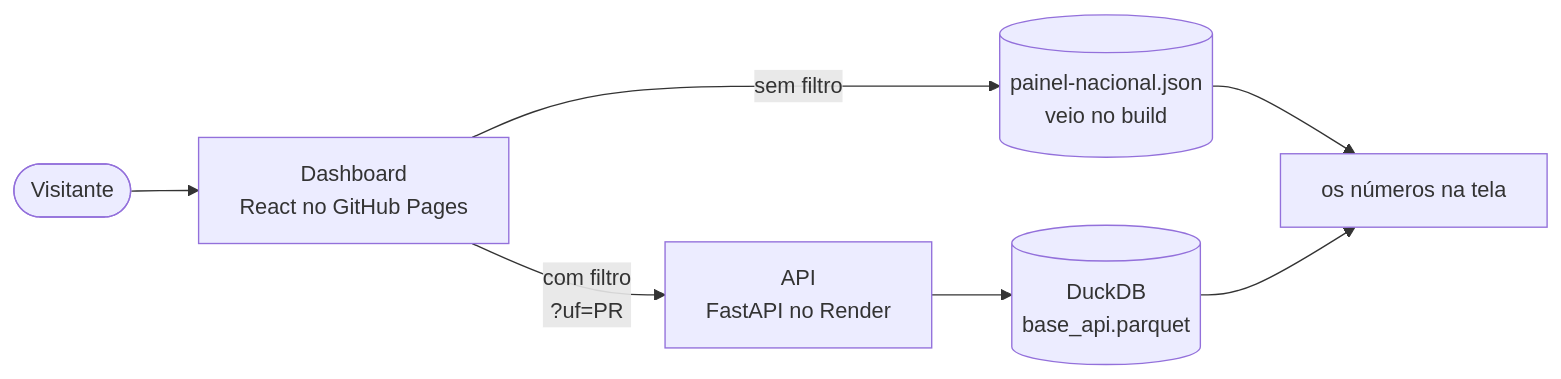
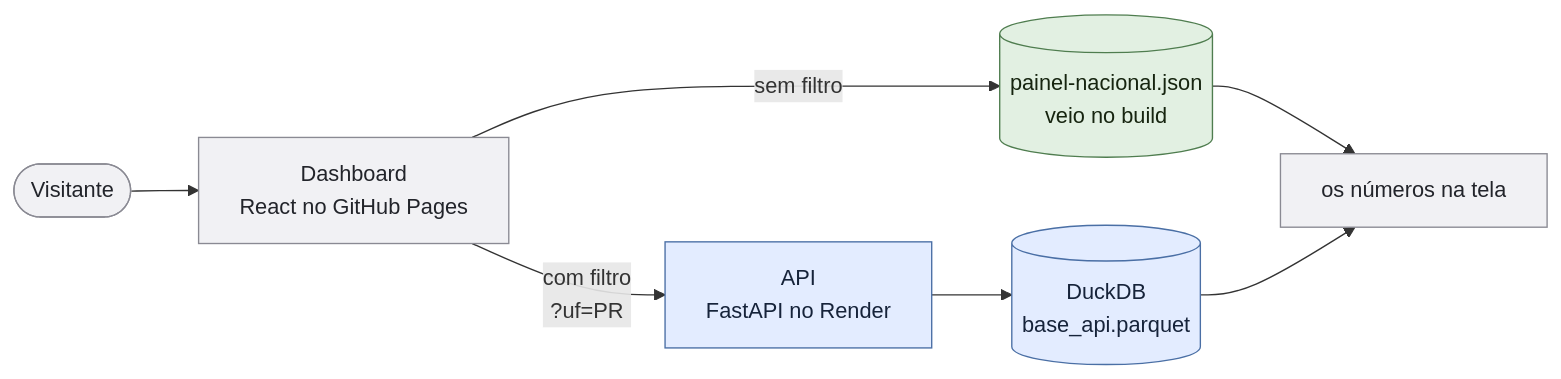
The second of 2 diagrams in docs/arquitetura.md (christiano-gonara/cnpj-alimentacao), drawn with Mermaid before and after one commit. The commit also changed other lines of this file, not shown here.

Commit message:
docs: cores nos dois diagramas da arquitetura
Cada cor diz uma coisa só: azul para o que vem da Receita, cinza para o
script, verde para o arquivo gerado. No segundo, verde é o caminho sem
API e azul o que passa pela API.

Todo classDef define fill e color juntos: o GitHub troca de tema conforme
o sistema, e fill sem color fica ilegível no escuro.

````diff
--- a/docs/arquitetura.md
+++ b/docs/arquitetura.md
@@ -41,9 +48,16 @@
 ```mermaid
 flowchart LR
     V([Visitante]) --> W["Dashboard<br/>React no GitHub Pages"]
     W -- "sem filtro" --> J[("painel-nacional.json<br/>veio no build")]
     W -- "com filtro<br/>?uf=PR" --> A["API<br/>FastAPI no Render"]
     A --> D[("DuckDB<br/>base_api.parquet")]
     J --> T["os números na tela"]
     D --> T
+
+    classDef neutro fill:#f1f1f4,stroke:#8a8a93,color:#22242a
+    classDef direto fill:#e2f0e2,stroke:#4f7d4f,color:#16240f
+    classDef api fill:#e3ecff,stroke:#4a6fa5,color:#16233a
+    class V,W,T neutro
+    class J direto
+    class A,D api
 ```
````
